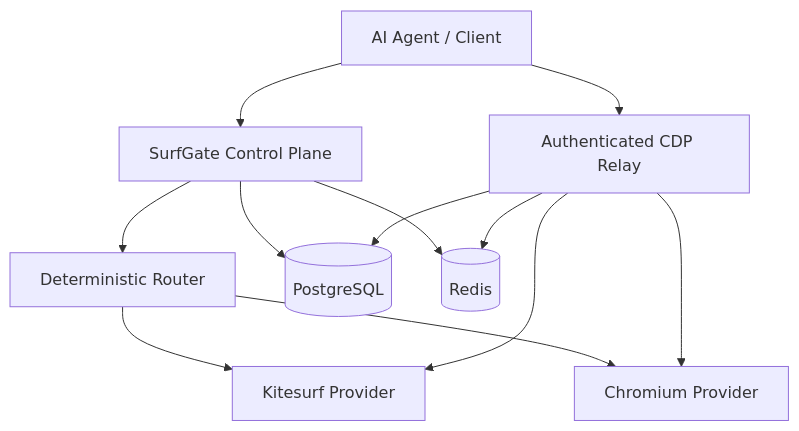
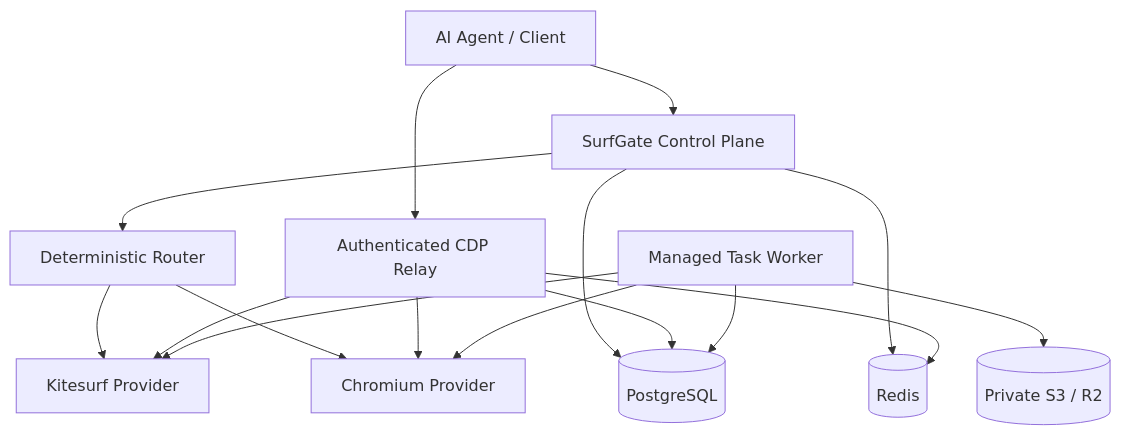
One commit to Debangsha1992/surfgate changed the diagram in README.md. Above: the diagram before and after it, drawn with Mermaid. The commit also changed other lines of this file and 58 other files, not shown here.

````diff
--- a/README.md
+++ b/README.md
@@ -13,23 +13,29 @@
 ```mermaid
 flowchart TD
     Client[AI Agent / Client]
     API[SurfGate Control Plane]
     Router[Deterministic Router]
     K[Kitesurf Provider]
     C[Chromium Provider]
     DB[(PostgreSQL)]
     Redis[(Redis)]
     Relay[Authenticated CDP Relay]
+    Worker[Managed Task Worker]
+    Objects[(Private S3 / R2)]
 
     Client --> API
     API --> Router
     Router --> K
     Router --> C
     API --> DB
     API --> Redis
     Client --> Relay
     Relay --> K
     Relay --> C
     Relay --> DB
     Relay --> Redis
+    Worker --> K
+    Worker --> C
+    Worker --> DB
+    Worker --> Objects
 ```
````
